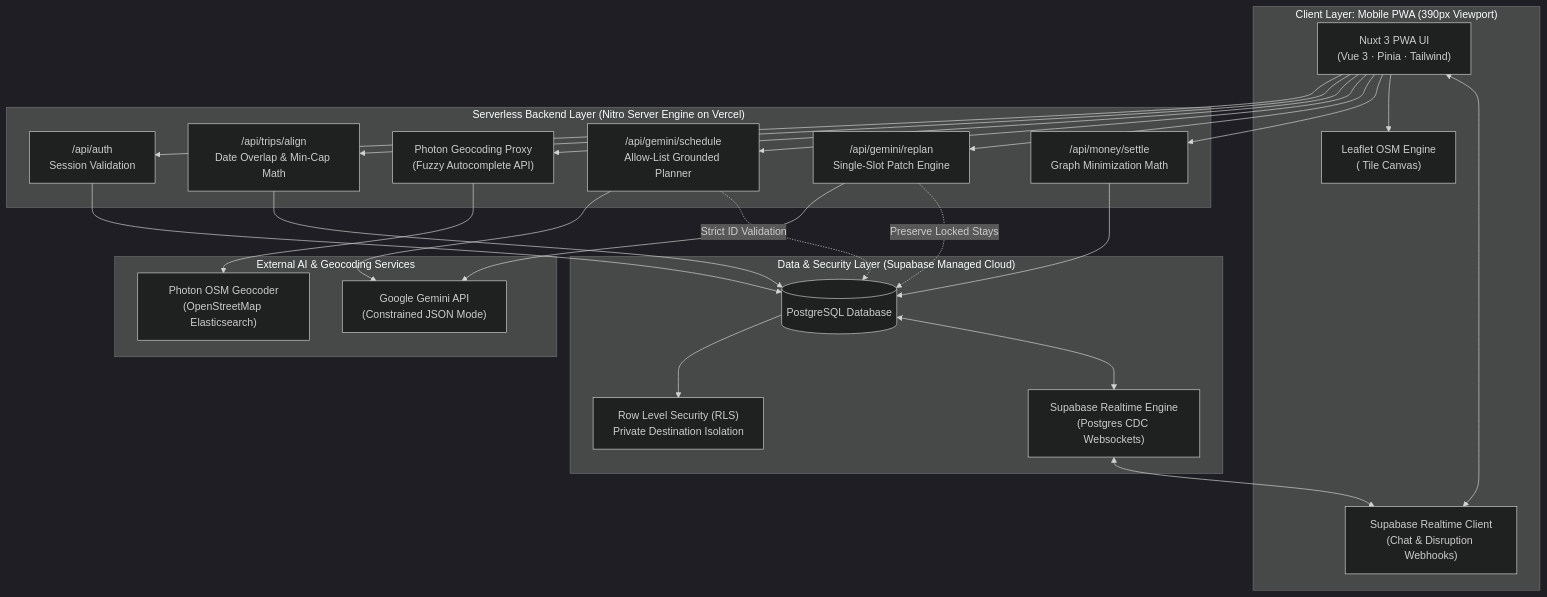
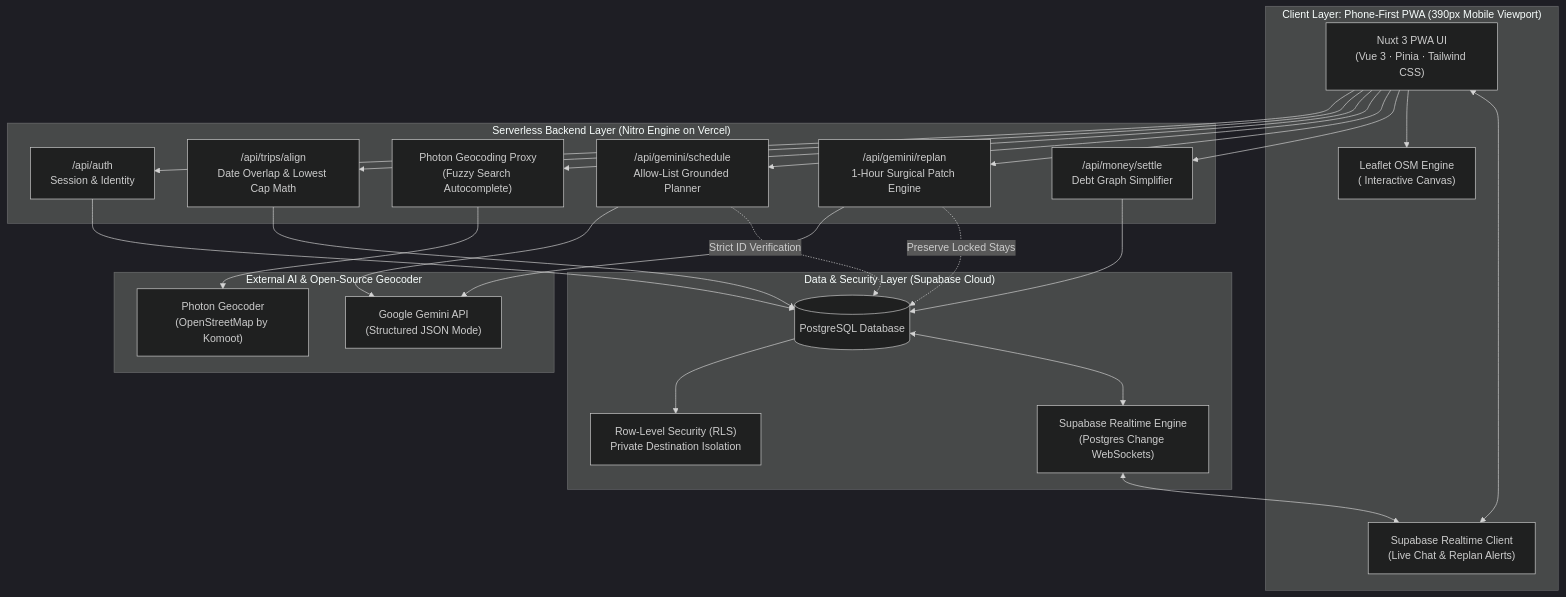
Diagram 14 of 14 in README.md (nlzce/We-are-the-champions_Plan-B), drawn with Mermaid (dark theme) before and after one commit. The commit also changed other lines of this file, not shown here.

Commit message:
docs: simplify diagrams and narrative into plain, human-readable user flows while preserving tech stack

````diff
--- a/README.md
+++ b/README.md
@@ -803,51 +492,51 @@
 ```mermaid
 flowchart TD
-  subgraph CLIENT["Client Layer: Mobile PWA (390px Viewport)"]
-    UI["Nuxt 3 PWA UI<br/>(Vue 3 · Pinia · Tailwind)"]
-    MapClient["Leaflet OSM Engine<br/>(<ClientOnly> Tile Canvas)"]
-    RTClient["Supabase Realtime Client<br/>(Chat & Disruption Webhooks)"]
+  subgraph CLIENT["Client Layer: Phone-First PWA (390px Mobile Viewport)"]
+    UI["Nuxt 3 PWA UI<br/>(Vue 3 · Pinia · Tailwind CSS)"]
+    MapClient["Leaflet OSM Engine<br/>(<ClientOnly> Interactive Canvas)"]
+    RTClient["Supabase Realtime Client<br/>(Live Chat & Replan Alerts)"]
   end
 
-  subgraph SERVER["Serverless Backend Layer (Nitro Server Engine on Vercel)"]
-    AuthRoute["/api/auth<br/>Session Validation"]
-    AlignRoute["/api/trips/align<br/>Date Overlap & Min-Cap Math"]
-    GeoRoute["Photon Geocoding Proxy<br/>(Fuzzy Autocomplete API)"]
+  subgraph SERVER["Serverless Backend Layer (Nitro Engine on Vercel)"]
+    AuthRoute["/api/auth<br/>Session & Identity"]
+    AlignRoute["/api/trips/align<br/>Date Overlap & Lowest Cap Math"]
+    GeoRoute["Photon Geocoding Proxy<br/>(Fuzzy Search Autocomplete)"]
     GeminiRoute["/api/gemini/schedule<br/>Allow-List Grounded Planner"]
-    ReplanRoute["/api/gemini/replan<br/>Single-Slot Patch Engine"]
-    DebtRoute["/api/money/settle<br/>Graph Minimization Math"]
+    ReplanRoute["/api/gemini/replan<br/>1-Hour Surgical Patch Engine"]
+    DebtRoute["/api/money/settle<br/>Debt Graph Simplifier"]
   end
 
-  subgraph STORAGE["Data & Security Layer (Supabase Managed Cloud)"]
+  subgraph STORAGE["Data & Security Layer (Supabase Cloud)"]
     DB[(PostgreSQL Database)]
-    RLS["Row Level Security (RLS)<br/>Private Destination Isolation"]
-    RTServer["Supabase Realtime Engine<br/>(Postgres CDC Websockets)"]
+    RLS["Row-Level Security (RLS)<br/>Private Destination Isolation"]
+    RTServer["Supabase Realtime Engine<br/>(Postgres Change WebSockets)"]
   end
 
-  subgraph EXTERNAL["External AI & Geocoding Services"]
-    GeminiAPI["Google Gemini API<br/>(Constrained JSON Mode)"]
-    PhotonAPI["Photon OSM Geocoder<br/>(OpenStreetMap Elasticsearch)"]
+  subgraph EXTERNAL["External AI & Open-Source Geocoder"]
+    GeminiAPI["Google Gemini API<br/>(Structured JSON Mode)"]
+    PhotonAPI["Photon Geocoder<br/>(OpenStreetMap by Komoot)"]
   end
 
   UI --> AuthRoute
   UI --> AlignRoute
   UI --> GeoRoute
   UI --> GeminiRoute
   UI --> ReplanRoute
   UI --> DebtRoute
   UI --> MapClient
   UI <--> RTClient
 
   GeoRoute --> PhotonAPI
   GeminiRoute --> GeminiAPI
   ReplanRoute --> GeminiAPI
 
-  GeminiRoute -.->|Strict ID Validation| DB
+  GeminiRoute -.->|Strict ID Verification| DB
   ReplanRoute -.->|Preserve Locked Stays| DB
 
   AuthRoute --> DB
   AlignRoute --> DB
   DebtRoute --> DB
   DB --> RLS
   DB <--> RTServer
   RTServer <--> RTClient
 ```
````
